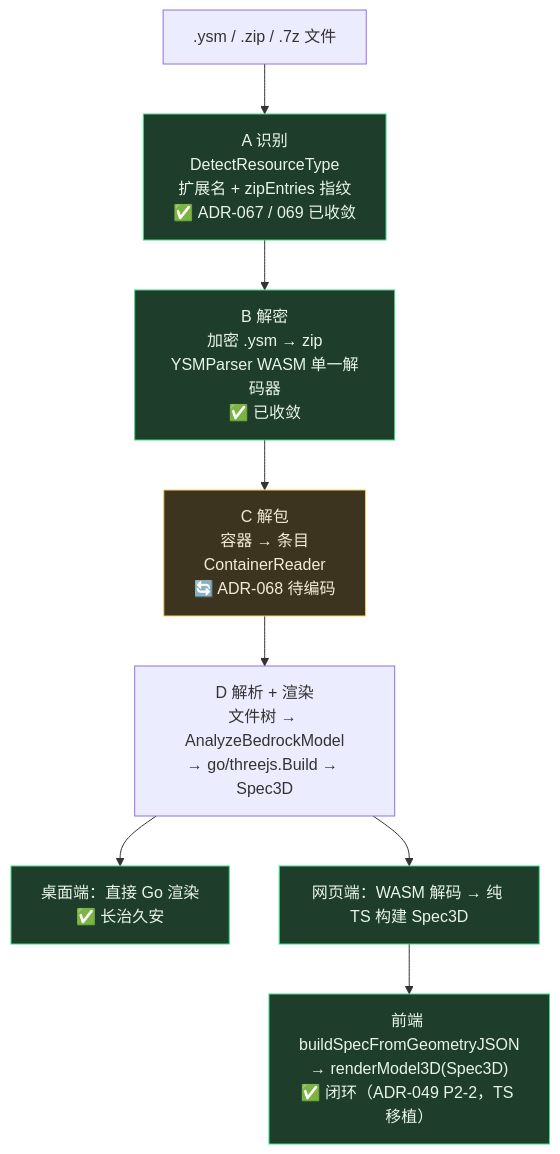
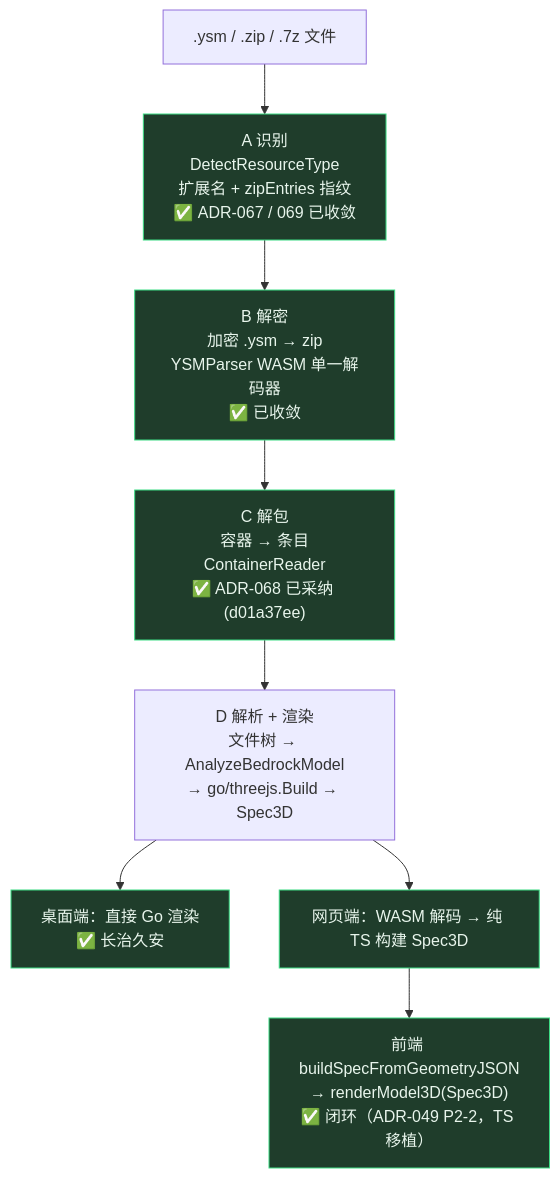
One commit to JiangKaslana/ysm-model-manager changed the diagram in docs/adr/ADR-066-universal-resource-preview.md. Above: the diagram before and after it, drawn with Mermaid. The commit also changed other lines of this file and 1 other file, not shown here.

Commit message:
fix(contract): resource_types schema 补 zipentry detector 白名单与 zipEntries 配套校验
ADR-067 S1 落地把 4 类 detector 改为 zipentry，契约测试 VALID_DETECTORS
白名单未同步导致 doctor 门禁 FAIL。补：
- VALID_DETECTORS + zipentry
- zipEntries 元素结构校验（name 非空 + match ∈ exact/prefix/suffix）
- detector=zipentry 必须有 zipEntries 且 extensions 含 .zip/.7z（否则
  DetectResourceType 容器分支永不执行，内容识别静默失效）

````diff
--- a/docs/adr/ADR-066-universal-resource-preview.md
+++ b/docs/adr/ADR-066-universal-resource-preview.md
@@ -67,17 +67,17 @@
 ```mermaid
 flowchart TD
     F[".ysm / .zip / .7z 文件"] --> A["A 识别<br/>DetectResourceType<br/>扩展名 + zipEntries 指纹<br/>✅ ADR-067 / 069 已收敛"]
     A --> B["B 解密<br/>加密 .ysm → zip<br/>YSMParser WASM 单一解码器<br/>✅ 已收敛"]
-    B --> C["C 解包<br/>容器 → 条目<br/>ContainerReader<br/>🔄 ADR-068 待编码"]
+    B --> C["C 解包<br/>容器 → 条目<br/>ContainerReader<br/>✅ ADR-068 已采纳 (d01a37ee)"]
     C --> D["D 解析 + 渲染<br/>文件树 → AnalyzeBedrockModel<br/>→ go/threejs.Build → Spec3D"]
     D --> DESK["桌面端：直接 Go 渲染<br/>✅ 长治久安"]
     D --> WEB["网页端：WASM 解码 → 纯 TS 构建 Spec3D"]
     WEB --> FE["前端 buildSpecFromGeometryJSON<br/>→ renderModel3D(Spec3D)<br/>✅ 闭环（ADR-049 P2-2，TS 移植）"]
 
     style A fill:#1f3d2b,stroke:#3ddc84,color:#e8f5ec
     style B fill:#1f3d2b,stroke:#3ddc84,color:#e8f5ec
-    style C fill:#3d341f,stroke:#ffcc66,color:#f5ecd8
+    style C fill:#1f3d2b,stroke:#3ddc84,color:#e8f5ec
     style DESK fill:#1f3d2b,stroke:#3ddc84,color:#e8f5ec
     style WEB fill:#1f3d2b,stroke:#3ddc84,color:#e8f5ec
     style FE fill:#1f3d2b,stroke:#3ddc84,color:#e8f5ec
 ```
````
